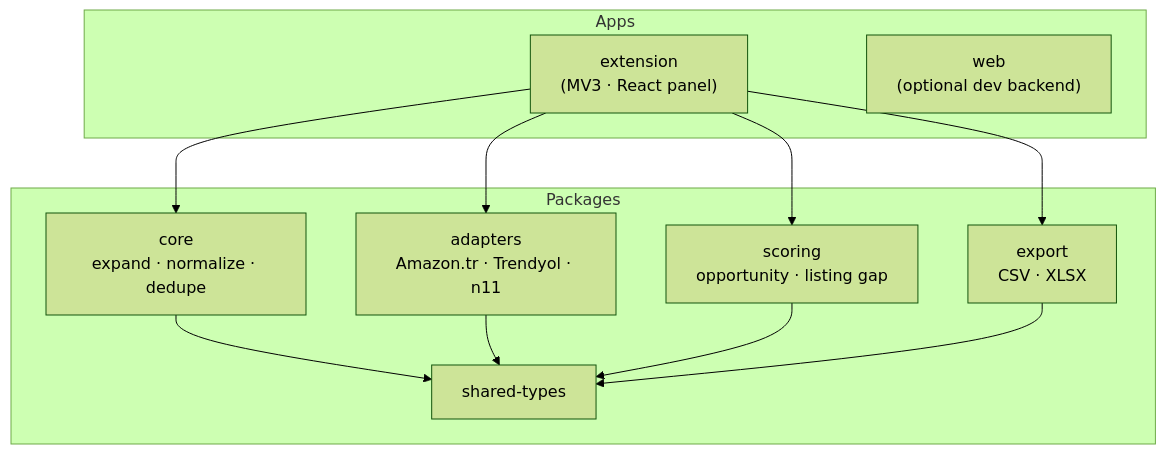
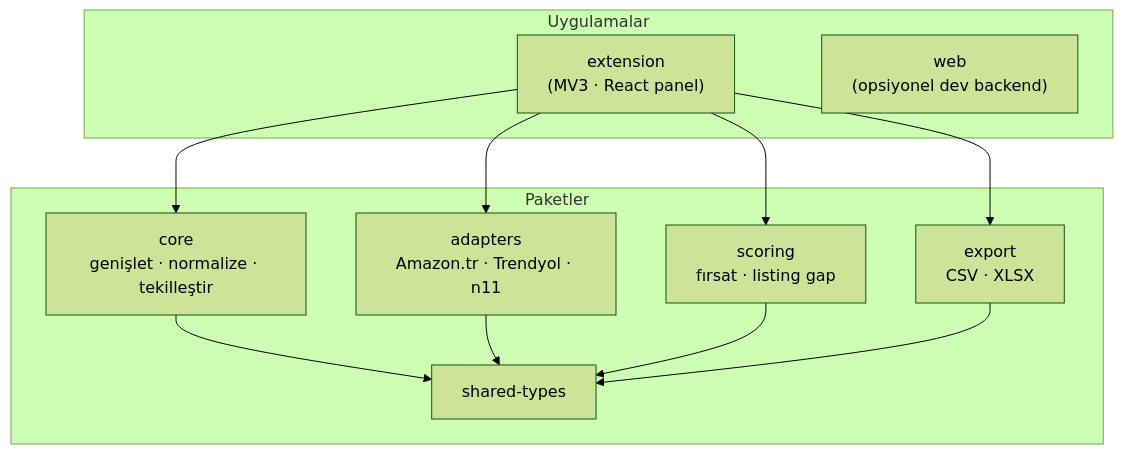
One commit to aydogandagidir/keyword-radar changed the second of 2 diagrams in README.md. Above: the diagram before and after it, drawn with Mermaid (forest theme). The commit also changed other lines of this file and 6 other files, not shown here.

````diff
--- a/README.md
+++ b/README.md
@@ -154,22 +127,22 @@
 ```mermaid
 flowchart TD
-    subgraph Apps
+    subgraph Uygulamalar
         EXT["extension<br/>(MV3 · React panel)"]
-        WEB["web<br/>(optional dev backend)"]
+        WEB["web<br/>(opsiyonel dev backend)"]
     end
-    subgraph Packages
-        CORE["core<br/>expand · normalize · dedupe"]
+    subgraph Paketler
+        CORE["core<br/>genişlet · normalize · tekilleştir"]
         ADP["adapters<br/>Amazon.tr · Trendyol · n11"]
-        SCO["scoring<br/>opportunity · listing gap"]
+        SCO["scoring<br/>fırsat · listing gap"]
         EXP["export<br/>CSV · XLSX"]
         ST["shared-types"]
     end
     EXT --> CORE
     EXT --> ADP
     EXT --> SCO
     EXT --> EXP
     CORE --> ST
     ADP --> ST
     SCO --> ST
     EXP --> ST
 ```
````
